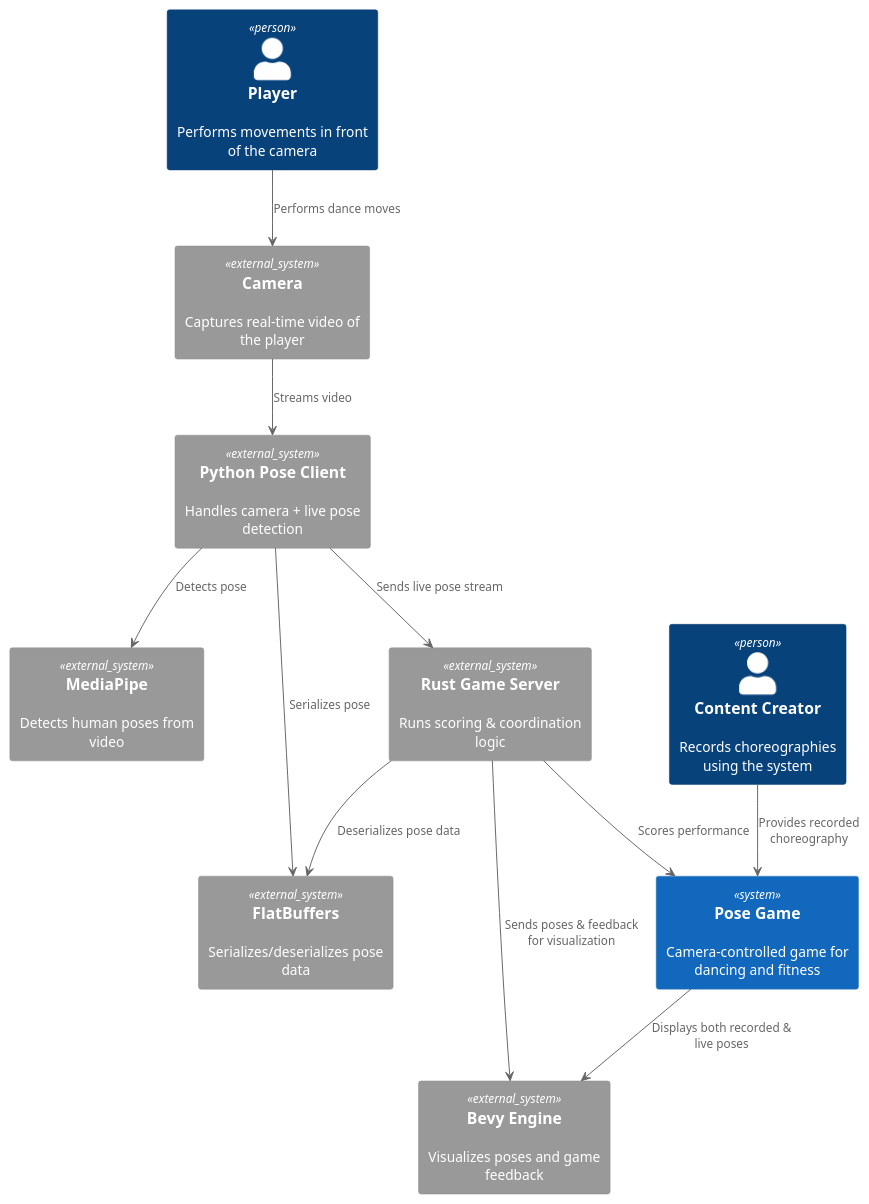
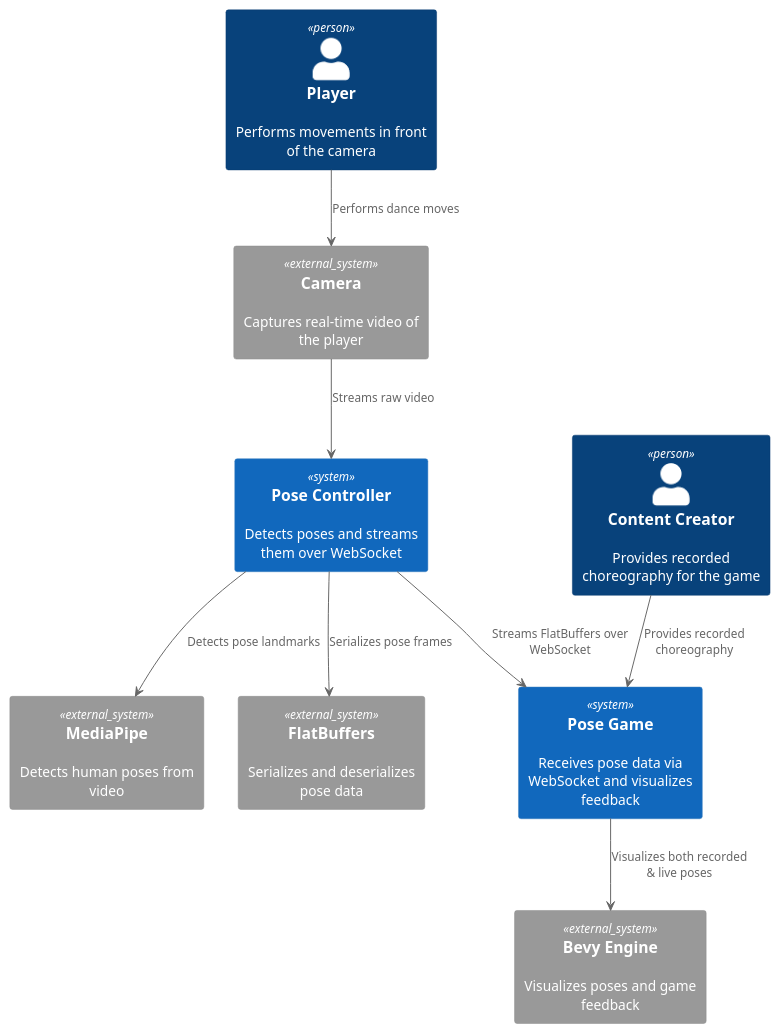
One commit to tobiaslocker/pose changed the diagram in docs/arch/diagrams/context.puml. Above: the diagram before and after it, drawn with PlantUML. The commit also changed 58 other files, not shown here.

Commit message:
Refactor, invert server and client roles

```diff
--- a/docs/arch/diagrams/context.puml
+++ b/docs/arch/diagrams/context.puml
@@ -1,30 +1,23 @@
 @startuml
 !include https://raw.githubusercontent.com/plantuml-stdlib/C4-PlantUML/master/C4_Context.puml
 
 Person(player, "Player", "Performs movements in front of the camera")
-Person(creator, "Content Creator", "Records choreographies using the system")
-
-System(game, "Pose Game", "Camera-controlled game for dancing and fitness")
+Person(creator, "Content Creator", "Provides recorded choreography for the game")
 
 System_Ext(camera, "Camera", "Captures real-time video of the player")
 System_Ext(mediapipe, "MediaPipe", "Detects human poses from video")
-System_Ext(flatbuffers, "FlatBuffers", "Serializes/deserializes pose data")
+System_Ext(flatbuffers, "FlatBuffers", "Serializes and deserializes pose data")
 System_Ext(bevy, "Bevy Engine", "Visualizes poses and game feedback")
-System_Ext(pythonClient, "Python Pose Client", "Handles camera + live pose detection")
-System_Ext(rustServer, "Rust Game Server", "Runs scoring & coordination logic")
+
+System(controller, "Pose Controller", "Detects poses and streams them over WebSocket")
+System(game, "Pose Game", "Receives pose data via WebSocket and visualizes feedback")
 
 player --> camera : "Performs dance moves"
+camera --> controller : "Streams raw video"
+controller --> mediapipe : "Detects pose landmarks"
+controller --> flatbuffers : "Serializes pose frames"
+controller --> game : "Streams FlatBuffers over WebSocket"
 creator --> game : "Provides recorded choreography"
-
-camera --> pythonClient : "Streams video"
-pythonClient --> mediapipe : "Detects pose"
-pythonClient --> flatbuffers : "Serializes pose"
-pythonClient --> rustServer : "Sends live pose stream"
-
-rustServer --> flatbuffers : "Deserializes pose data"
-rustServer --> bevy : "Sends poses & feedback for visualization"
-rustServer --> game : "Scores performance"
-
-game --> bevy : "Displays both recorded & live poses"
+game --> bevy : "Visualizes both recorded & live poses"
 
 @enduml
```
